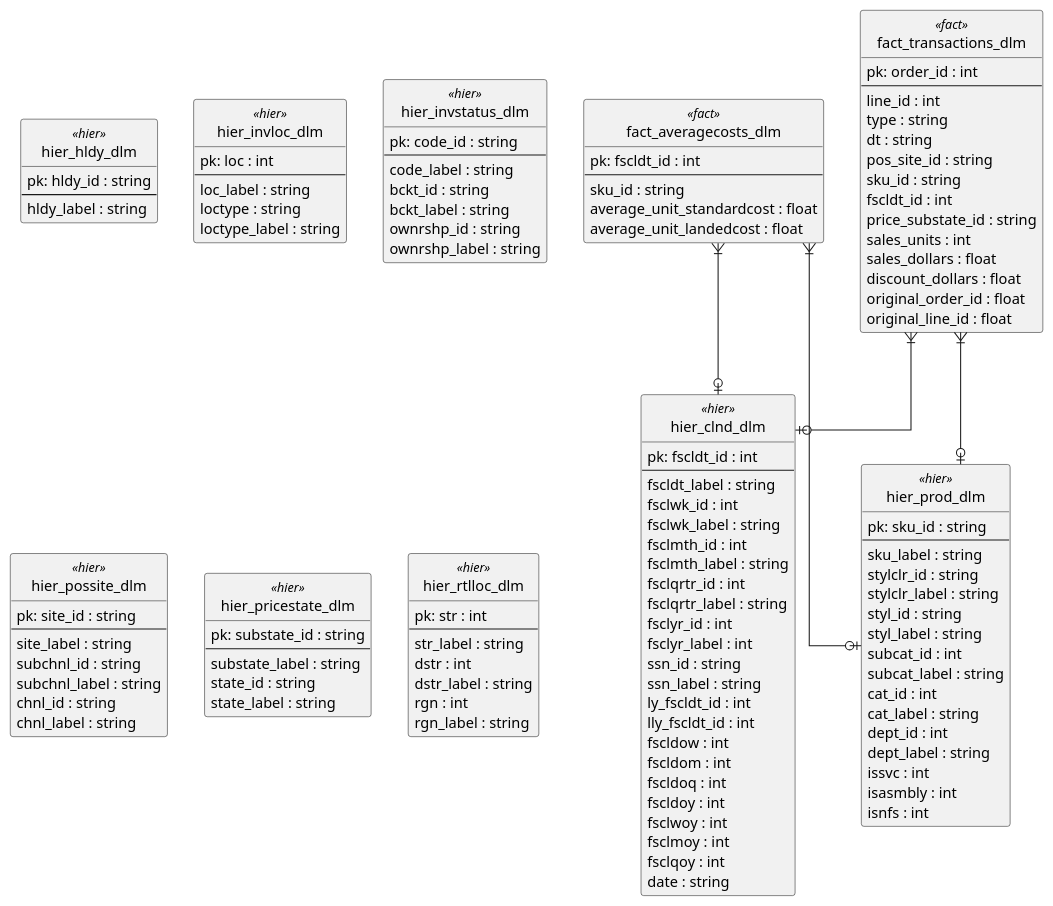
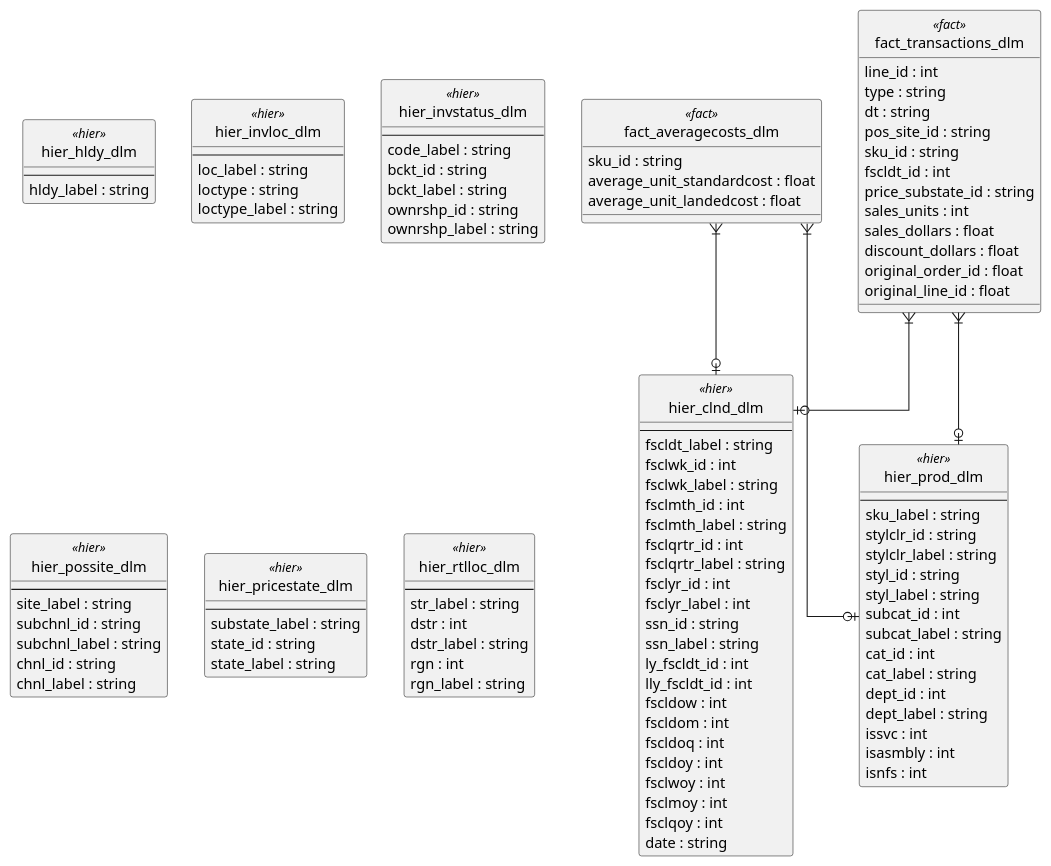
One commit to peaskipper/ETL_challenge changed the diagram in output_obj/er_diagram.puml. Above: the diagram before and after it, drawn with PlantUML. The commit also changed 8 other files, not shown here.

```diff
--- a/output_obj/er_diagram.puml
+++ b/output_obj/er_diagram.puml
@@ -1,133 +1,131 @@
 @startuml
 hide circle
 top to bottom direction
 skinparam dpi 100
 skinparam defaultTextAlignment left
 skinparam linetype ortho
 skinparam shadowing false
 skinparam entity {
 BackgroundColor<<Fact>> #FDF6E3
 BackgroundColor<<Hier>> #E6F7FF
 }
 
 entity "fact_averagecosts_dlm" <<fact>> {
-    pk: fscldt_id : int
-		---
+    'pk: '* fscldt_id : int
 		sku_id : string
 		average_unit_standardcost : float
 		average_unit_landedcost : float
 }
 entity "fact_transactions_dlm" <<fact>> {
-    pk: order_id : int
-		---
+    'pk: '* order_id : int
 		line_id : int
 		type : string
 		dt : string
 		pos_site_id : string
 		sku_id : string
 		fscldt_id : int
 		price_substate_id : string
 		sales_units : int
 		sales_dollars : float
 		discount_dollars : float
 		original_order_id : float
 		original_line_id : float
 }
 entity "hier_clnd_dlm" <<hier>> {
-    pk: fscldt_id : int
+    'pk: 'pk: fscldt_id : int
 		---
 		fscldt_label : string
 		fsclwk_id : int
 		fsclwk_label : string
 		fsclmth_id : int
 		fsclmth_label : string
 		fsclqrtr_id : int
 		fsclqrtr_label : string
 		fsclyr_id : int
 		fsclyr_label : int
 		ssn_id : string
 		ssn_label : string
 		ly_fscldt_id : int
 		lly_fscldt_id : int
 		fscldow : int
 		fscldom : int
 		fscldoq : int
 		fscldoy : int
 		fsclwoy : int
 		fsclmoy : int
 		fsclqoy : int
 		date : string
 }
 entity "hier_hldy_dlm" <<hier>> {
-    pk: hldy_id : string
+    'pk: 'pk: hldy_id : string
 		---
 		hldy_label : string
 }
 entity "hier_invloc_dlm" <<hier>> {
-    pk: loc : int
+    'pk: 'pk: loc : int
 		---
 		loc_label : string
 		loctype : string
 		loctype_label : string
 }
 entity "hier_invstatus_dlm" <<hier>> {
-    pk: code_id : string
+    'pk: 'pk: code_id : string
 		---
 		code_label : string
 		bckt_id : string
 		bckt_label : string
 		ownrshp_id : string
 		ownrshp_label : string
 }
 entity "hier_possite_dlm" <<hier>> {
-    pk: site_id : string
+    'pk: 'pk: site_id : string
 		---
 		site_label : string
 		subchnl_id : string
 		subchnl_label : string
 		chnl_id : string
 		chnl_label : string
 }
 entity "hier_pricestate_dlm" <<hier>> {
-    pk: substate_id : string
+    'pk: 'pk: substate_id : string
 		---
 		substate_label : string
 		state_id : string
 		state_label : string
 }
 entity "hier_prod_dlm" <<hier>> {
-    pk: sku_id : string
+    'pk: 'pk: sku_id : string
 		---
 		sku_label : string
 		stylclr_id : string
 		stylclr_label : string
 		styl_id : string
 		styl_label : string
 		subcat_id : int
 		subcat_label : string
 		cat_id : int
 		cat_label : string
 		dept_id : int
 		dept_label : string
 		issvc : int
 		isasmbly : int
 		isnfs : int
 }
 entity "hier_rtlloc_dlm" <<hier>> {
-    pk: str : int
+    'pk: 'pk: str : int
 		---
 		str_label : string
 		dstr : int
 		dstr_label : string
 		rgn : int
 		rgn_label : string
 }
 
 fact_averagecosts_dlm }|--o| hier_clnd_dlm
 fact_averagecosts_dlm }|--o| hier_prod_dlm
 
 fact_transactions_dlm }|--o| hier_prod_dlm
 fact_transactions_dlm }|--o| hier_clnd_dlm
 
 
 @enduml
```
